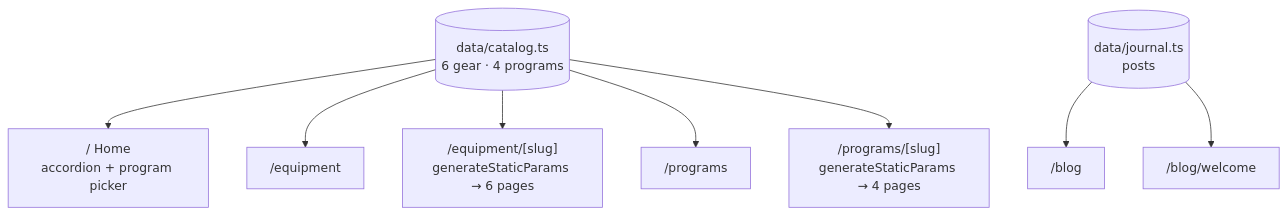
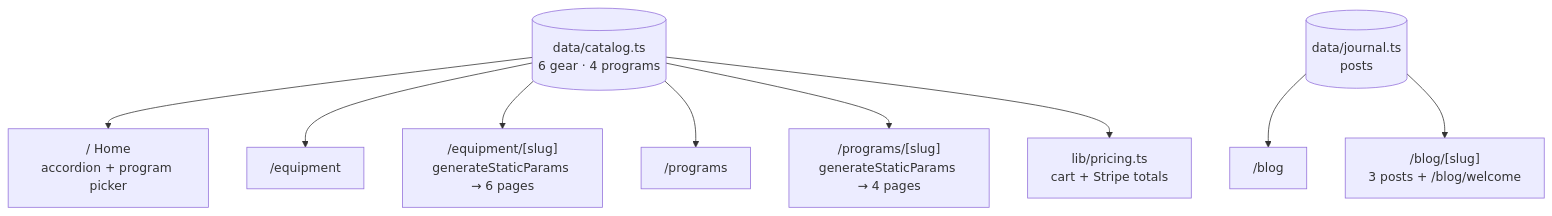
Before and after one commit to AmaanAli1/rep-theory: the third of 5 diagrams in README.md, drawn with Mermaid. The commit also changed other lines of this file, not shown here.

````diff
--- a/README.md
+++ b/README.md
@@ -125,13 +188,14 @@
 ```mermaid
 flowchart TD
     Catalog[("data/catalog.ts<br/>6 gear · 4 programs")]
     Journal[("data/journal.ts<br/>posts")]
 
     Catalog --> Home["/ Home<br/>accordion + program picker"]
     Catalog --> Equip["/equipment"]
     Catalog --> Gear["/equipment/[slug]<br/>generateStaticParams → 6 pages"]
     Catalog --> Progs["/programs"]
     Catalog --> Prog["/programs/[slug]<br/>generateStaticParams → 4 pages"]
     Journal --> Blog["/blog"]
-    Journal --> Post["/blog/welcome"]
+    Journal --> Post["/blog/[slug]<br/>3 posts + /blog/welcome"]
+    Catalog --> Pricing["lib/pricing.ts<br/>cart + Stripe totals"]
 ```
````
